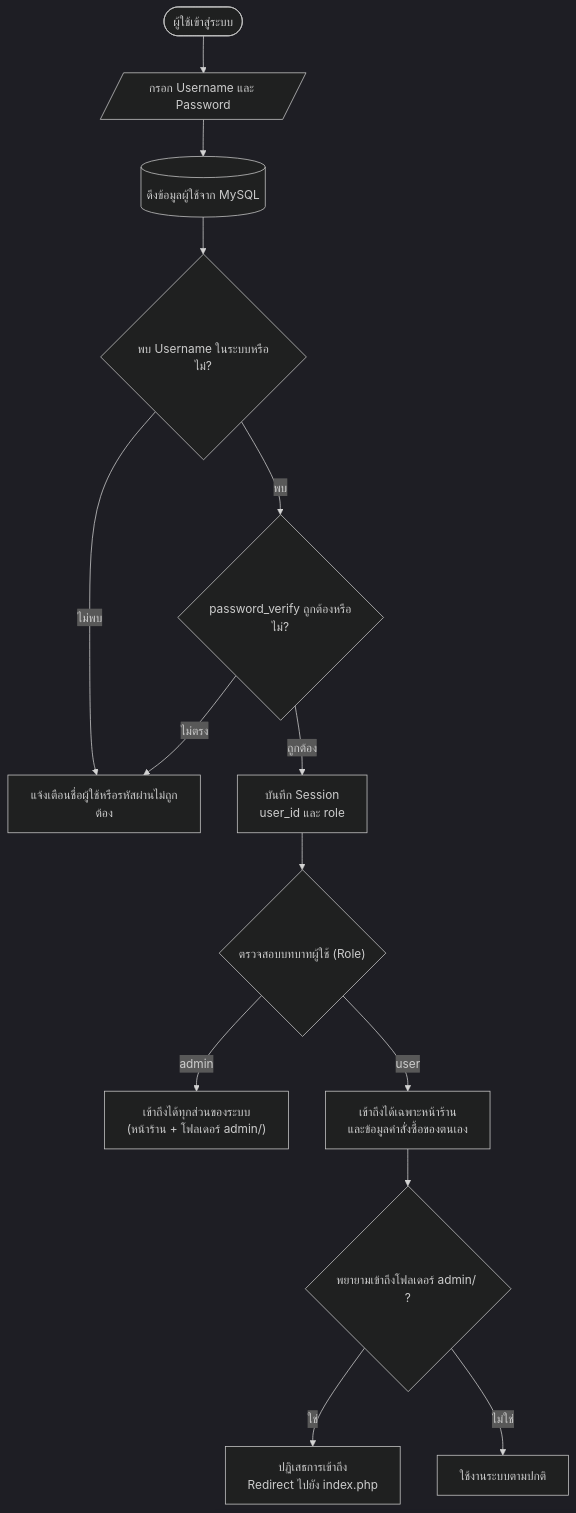
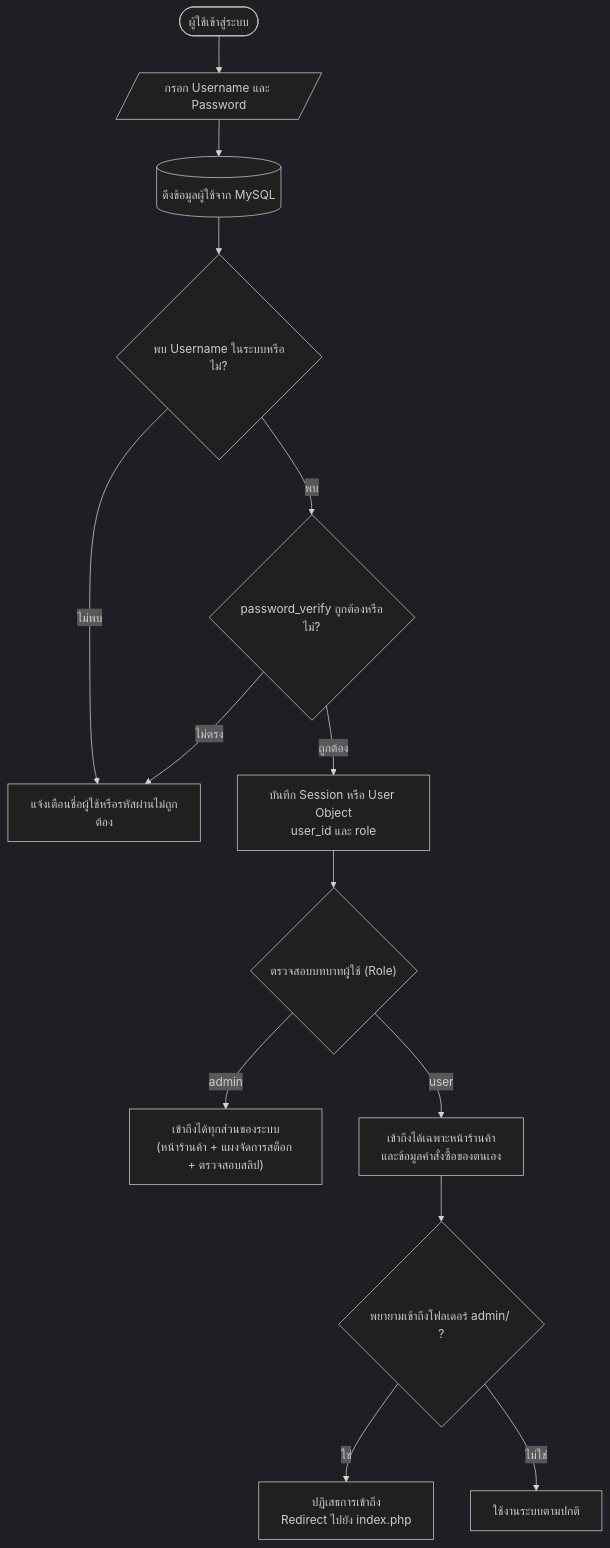
Before and after one commit to M16C/term_project1_2026: the fifth of 5 diagrams in README.md, drawn with Mermaid (dark theme). The commit also changed other lines of this file and 35 other files, not shown here.

````diff
--- a/README.md
+++ b/README.md
@@ -227,21 +219,21 @@
 ```mermaid
 flowchart TD
     Start(["ผู้ใช้เข้าสู่ระบบ"]) --> Input[/"กรอก Username และ Password"/]
     Input --> FetchDB[("ดึงข้อมูลผู้ใช้จาก MySQL")]
     
     FetchDB --> UserExist{"พบ Username ในระบบหรือไม่?"}
     UserExist -- "ไม่พบ" --> LoginFail["แจ้งเตือนชื่อผู้ใช้หรือรหัสผ่านไม่ถูกต้อง"]
     
     UserExist -- "พบ" --> CheckPass{"password_verify ถูกต้องหรือไม่?"}
     CheckPass -- "ไม่ตรง" --> LoginFail
     
-    CheckPass -- "ถูกต้อง" --> SetSession["บันทึก Session<br/>user_id และ role"]
+    CheckPass -- "ถูกต้อง" --> SetSession["บันทึก Session หรือ User Object<br/>user_id และ role"]
     SetSession --> CheckRole{"ตรวจสอบบทบาทผู้ใช้ (Role)"}
     
-    CheckRole -- "admin" --> AdminPerm["เข้าถึงได้ทุกส่วนของระบบ<br/>(หน้าร้าน + โฟลเดอร์ admin/)"]
-    CheckRole -- "user" --> UserPerm["เข้าถึงได้เฉพาะหน้าร้าน<br/>และข้อมูลคำสั่งซื้อของตนเอง"]
+    CheckRole -- "admin" --> AdminPerm["เข้าถึงได้ทุกส่วนของระบบ<br/>(หน้าร้านค้า + แผงจัดการสต็อก + ตรวจสอบสลิป)"]
+    CheckRole -- "user" --> UserPerm["เข้าถึงได้เฉพาะหน้าร้านค้า<br/>และข้อมูลคำสั่งซื้อของตนเอง"]
     
     UserPerm --> TryAdmin{"พยายามเข้าถึงโฟลเดอร์ admin/ ?"}
     TryAdmin -- "ใช่" --> BlockAdmin["ปฏิเสธการเข้าถึง<br/>Redirect ไปยัง index.php"]
     TryAdmin -- "ไม่ใช่" --> NormalBrowse["ใช้งานระบบตามปกติ"]
 ```
````
